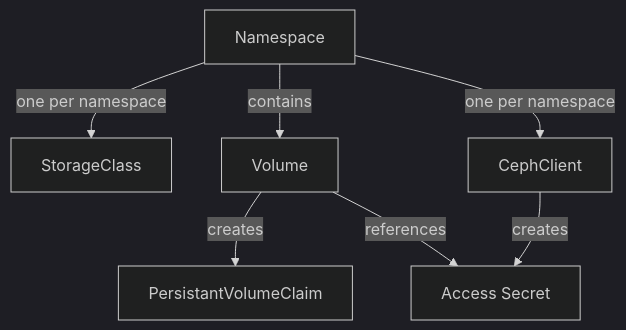
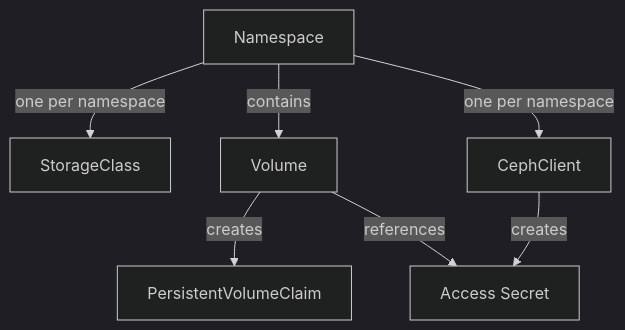
Before and after one commit to ironcore-dev/ceph-provider: the first of 2 diagrams in README.md, drawn with Mermaid (dark theme). The commit also changed other lines of this file and 1 other file, not shown here.

````diff
--- a/README.md
+++ b/README.md
@@ -22,9 +22,9 @@
 ```mermaid
 graph TD
     NS -- one per namespace --> SC[StorageClass]
     NS[Namespace] -- contains --> V
-    V[Volume] -- creates  --> PVC[PersistantVolumeClaim]
+    V[Volume] -- creates  --> PVC[PersistentVolumeClaim]
     NS -- one per namespace --> CC[CephClient]
     CC -- creates --> S[Access Secret]
     V -- references --> S
 ```
````
